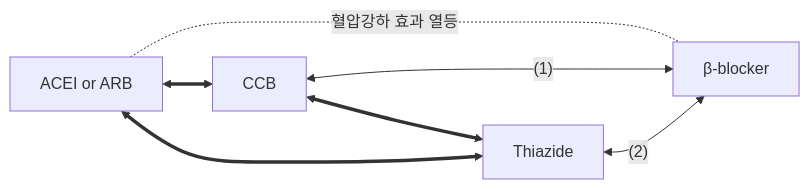
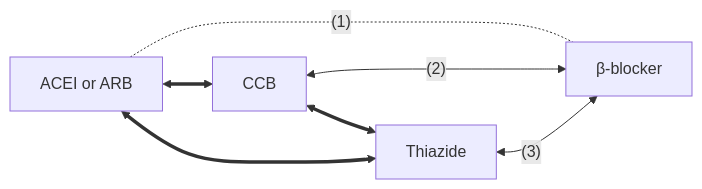
The third of 6 diagrams in 225_/095_-hypertension.md (familyoh77/familyoh77), drawn with Mermaid before and after one commit. The commit also changed other lines of this file, not shown here.

````diff
--- a/225_/095_-hypertension.md
+++ b/225_/095_-hypertension.md
@@ -853,9 +856,9 @@
 ```mermaid
 graph LR
     A["ACEI or ARB"] <==> C[CCB]
     C <==> T
     A <==> T[Thiazide]
-    A -. 혈압강하 효과 열등 .- B[β-blocker]
-    C <--(1)--> B
-    T <--(2)--> B
+    A -. (1) .- B[β-blocker]
+    C <--(2)--> B
+    T <--(3)--> B
 ```
````
